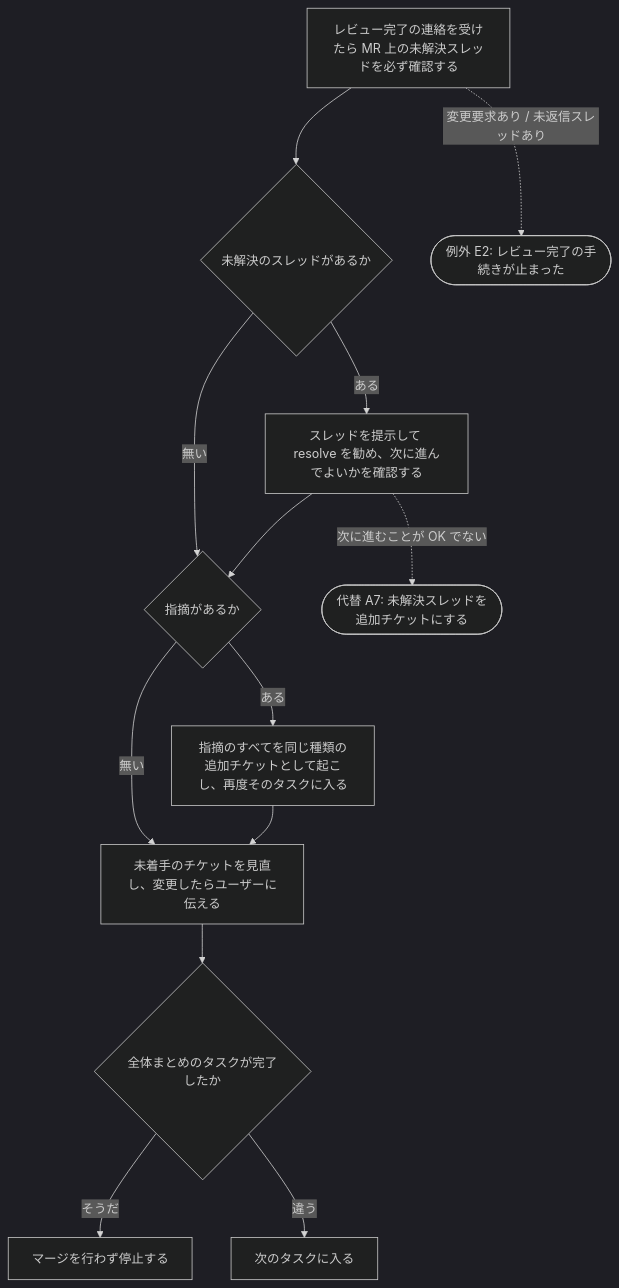
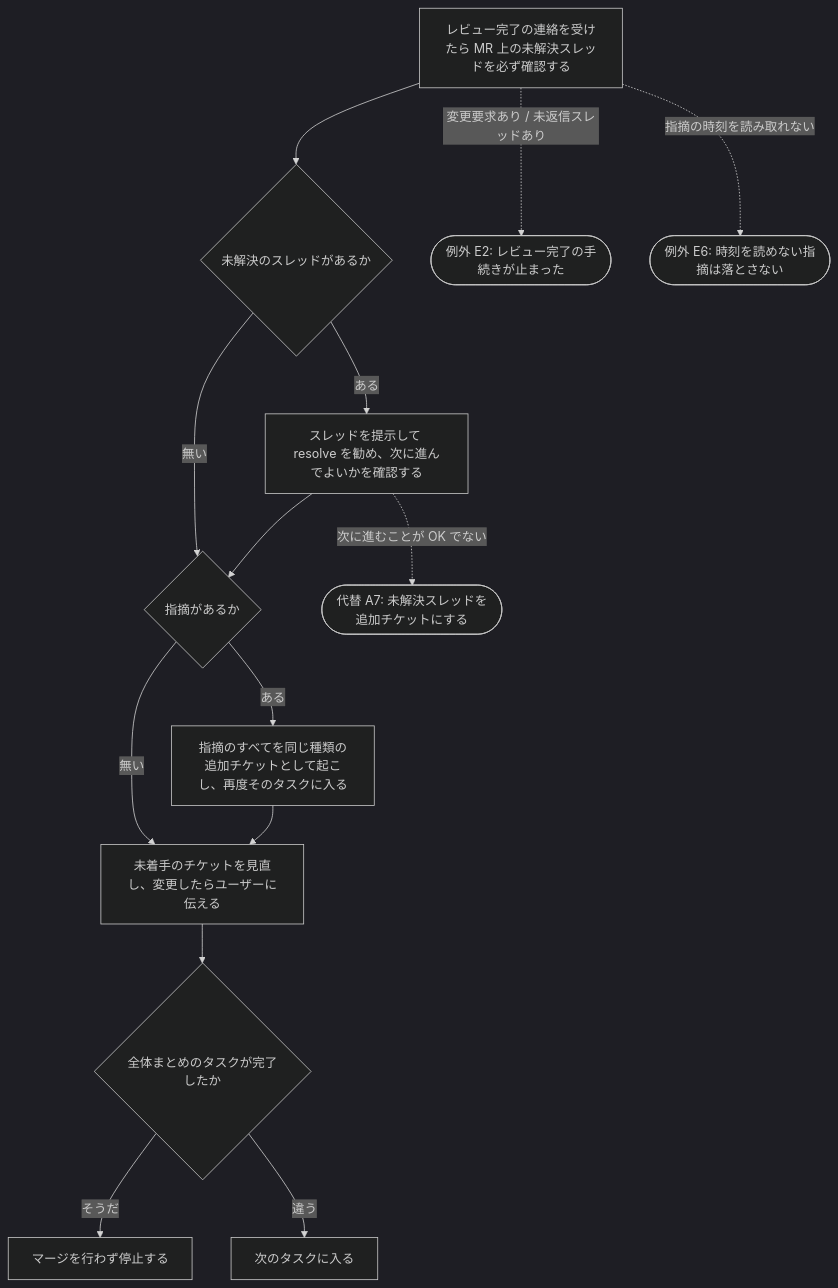
The third of 3 diagrams in .claude/docs/00_requirement/skills/00-workflow-issue-mr-driven.md (yuki-matsu783/issue-mr-ticket-workflow), drawn with Mermaid (dark theme) before and after one commit. The commit also changed other lines of this file and 244 other files, not shown here.

````diff
--- a/.claude/docs/00_requirement/skills/00-workflow-issue-mr-driven.md
+++ b/.claude/docs/00_requirement/skills/00-workflow-issue-mr-driven.md
@@ -87,18 +100,20 @@
 ```mermaid
 flowchart TD
   M14[レビュー完了の連絡を受けたら MR 上の未解決スレッドを必ず確認する]
   M14 --> M15{未解決のスレッドがあるか}
   M15 -->|ある| M16[スレッドを提示して resolve を勧め、次に進んでよいかを確認する]
   M15 -->|無い| M17{指摘があるか}
   M16 --> M17
   M17 -->|ある| M18[指摘のすべてを同じ種類の追加チケットとして起こし、再度そのタスクに入る]
   M17 -->|無い| M19[未着手のチケットを見直し、変更したらユーザーに伝える]
   M18 --> M19
   M19 --> M20{全体まとめのタスクが完了したか}
   M20 -->|そうだ| M21[マージを行わず停止する]
   M20 -->|違う| M22[次のタスクに入る]
   M14 -.->|変更要求あり / 未返信スレッドあり| E2
+  M14 -.->|指摘の時刻を読み取れない| E6
   M16 -.->|次に進むことが OK でない| A7
   E2([例外 E2: レビュー完了の手続きが止まった])
+  E6([例外 E6: 時刻を読めない指摘は落とさない])
   A7([代替 A7: 未解決スレッドを追加チケットにする])
 ```
````
